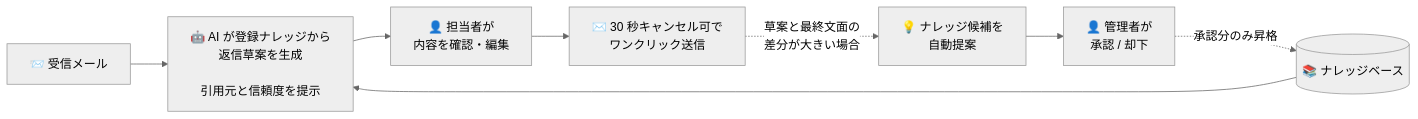
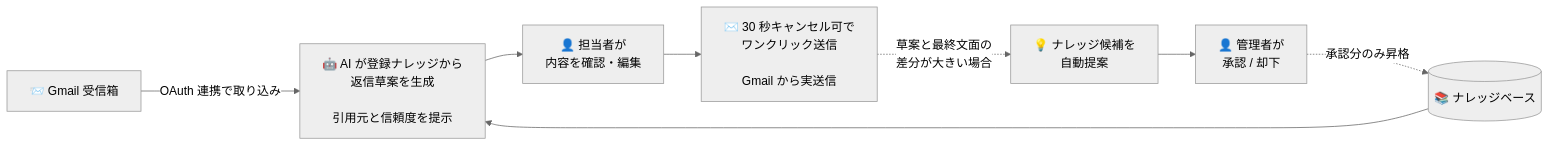
One commit to yoshinagak-sudo/inquiry-copilot changed the diagram in docs/OVERVIEW.md. Above: the diagram before and after it, drawn with Mermaid (neutral theme). The commit also changed other lines of this file and 22 other files, not shown here.

First line of the commit message:
Phase 2: Gmail 連携を実装（OAuth + 受信同期 + 実送信）

````diff
--- a/docs/OVERVIEW.md
+++ b/docs/OVERVIEW.md
@@ -21,10 +21,10 @@
 ```mermaid
 flowchart LR
-    A[📨 受信メール] --> B[🤖 AI が登録ナレッジから<br/>返信草案を生成<br/><br/>引用元と信頼度を提示]
+    A[📨 Gmail 受信箱] -->|OAuth 連携で取り込み| B[🤖 AI が登録ナレッジから<br/>返信草案を生成<br/><br/>引用元と信頼度を提示]
     B --> C[👤 担当者が<br/>内容を確認・編集]
-    C --> D[✉️ 30 秒キャンセル可で<br/>ワンクリック送信]
+    C --> D[✉️ 30 秒キャンセル可で<br/>ワンクリック送信<br/><br/>Gmail から実送信]
     D -. 草案と最終文面の<br/>差分が大きい場合 .-> E[💡 ナレッジ候補を<br/>自動提案]
     E --> F[👤 管理者が<br/>承認 / 却下]
     F -. 承認分のみ昇格 .-> G[(📚 ナレッジベース)]
     G --> B
 ```
````
